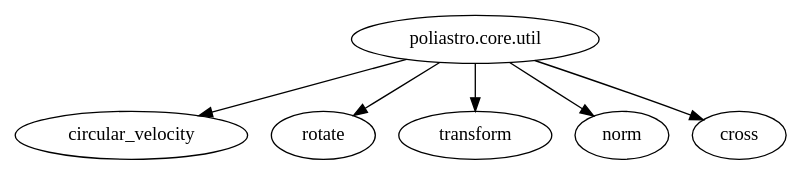
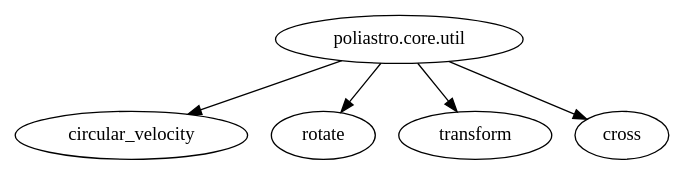
Before and after one commit to poliastro/poliastro: the diagram in docs/source/api/core/util.rst, drawn with Graphviz. The commit also changed 10 other files, not shown here.

Commit message:
Remove norm from poliastro API

```diff
--- a/docs/source/api/core/util.rst
+++ b/docs/source/api/core/util.rst
@@ -4,5 +4,5 @@
 .. graphviz::
 
    digraph {
-      "poliastro.core.util" -> "circular_velocity", "rotate", "transform", "norm", "cross" ;
+      "poliastro.core.util" -> "circular_velocity", "rotate", "transform", "cross" ;
    }
```
